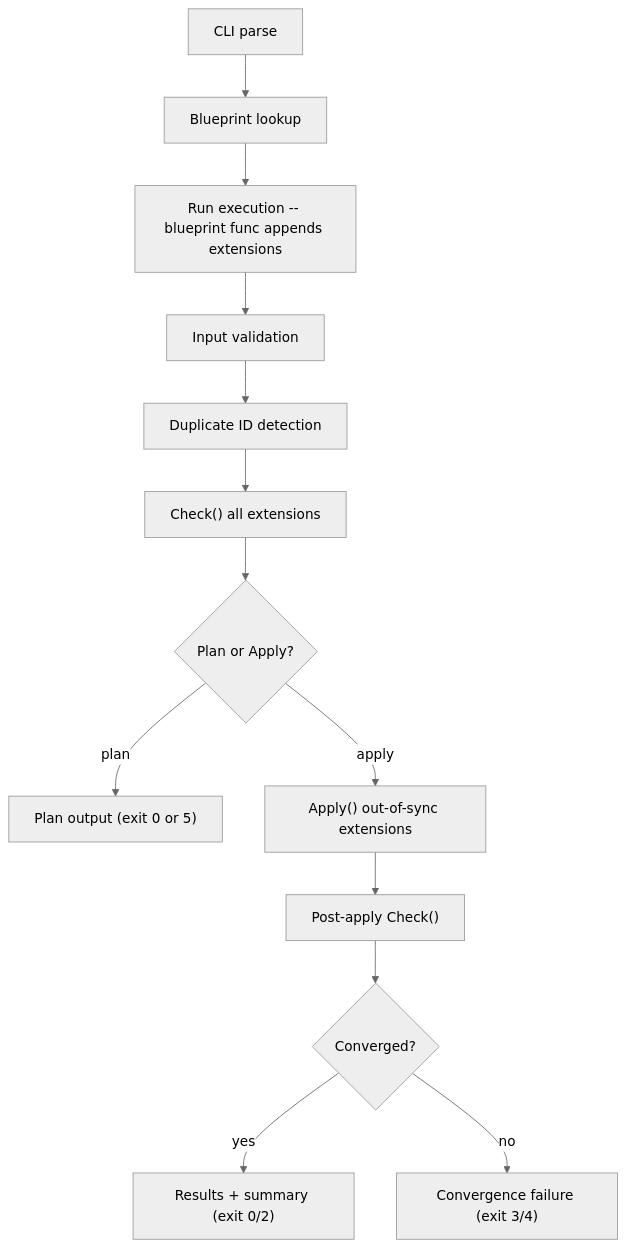
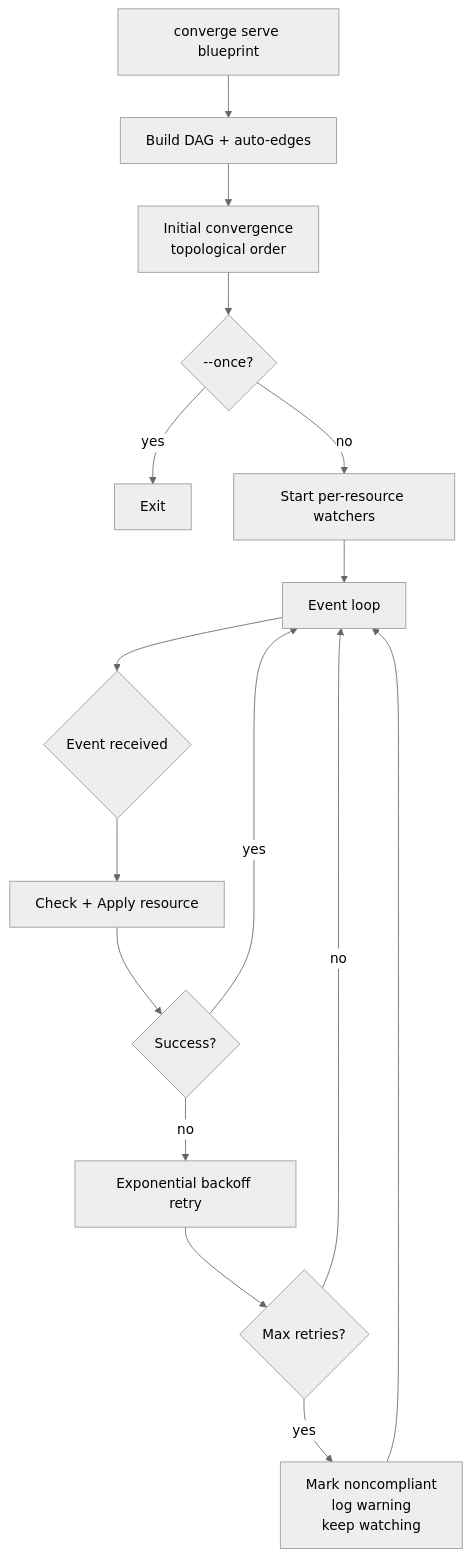
One commit to TsekNet/converge changed the third of 4 diagrams in docs/design.md. Above: the diagram before and after it, drawn with Mermaid (neutral theme). The commit also changed other lines of this file and 2 other files, not shown here.

First line of the commit message:
docs: Rewrite README, design, and CLI docs for DAG daemon architecture

````diff
--- a/docs/design.md
+++ b/docs/design.md
@@ -156,15 +205,18 @@
 ```mermaid
 flowchart TD
-    A[CLI parse] --> B[Blueprint lookup]
-    B --> C["Run execution -- blueprint func appends extensions"]
-    C --> D[Input validation]
-    D --> E[Duplicate ID detection]
-    E --> F["Check() all extensions"]
-    F --> G{Plan or Apply?}
-    G -->|plan| H["Plan output (exit 0 or 5)"]
-    G -->|apply| I["Apply() out-of-sync extensions"]
-    I --> J["Post-apply Check()"]
-    J --> K{Converged?}
-    K -->|yes| L["Results + summary (exit 0/2)"]
-    K -->|no| M["Convergence failure (exit 3/4)"]
+    A[converge serve blueprint] --> B[Build DAG + auto-edges]
+    B --> C[Initial convergence<br/>topological order]
+    C --> D{--once?}
+    D -->|yes| E[Exit]
+    D -->|no| F[Start per-resource watchers]
+    F --> G[Event loop]
+    G --> H{Event received}
+    H --> I[Check + Apply resource]
+    I --> J{Success?}
+    J -->|yes| G
+    J -->|no| K[Exponential backoff retry]
+    K --> L{Max retries?}
+    L -->|no| G
+    L -->|yes| M[Mark noncompliant<br/>log warning<br/>keep watching]
+    M --> G
 ```
````
